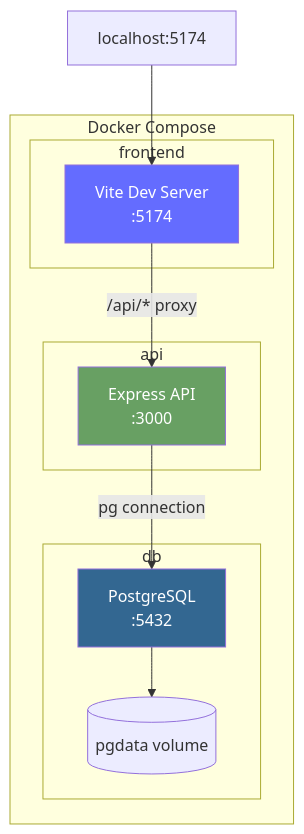
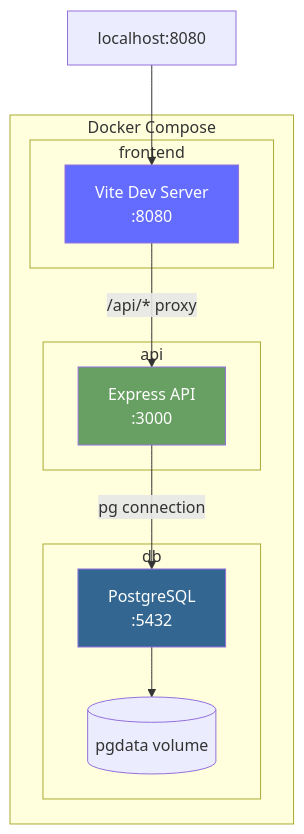
Before and after one commit to amanganello/membership-management-app: the second of 3 diagrams in ARCHITECTURE.md, drawn with Mermaid. The commit also changed other lines of this file, not shown here.

Commit message:
update port on architecture file

````diff
--- a/ARCHITECTURE.md
+++ b/ARCHITECTURE.md
@@ -87,26 +87,26 @@
 ```mermaid
 graph TB
     subgraph "Docker Compose"
         subgraph "frontend"
-            VITE["Vite Dev Server<br/>:5174"]
+            VITE["Vite Dev Server<br/>:8080"]
         end
         
         subgraph "api"
             EXPRESS["Express API<br/>:3000"]
         end
         
         subgraph "db"
             PG["PostgreSQL<br/>:5432"]
             VOL[("pgdata volume")]
         end
     end
     
-    BROWSER["localhost:5174"] --> VITE
+    BROWSER["localhost:8080"] --> VITE
     VITE -->|"/api/* proxy"| EXPRESS
     EXPRESS -->|"pg connection"| PG
     PG --> VOL
 
     style VITE fill:#646cff,color:#fff
     style EXPRESS fill:#68a063,color:#fff
     style PG fill:#336791,color:#fff
 ```
````
